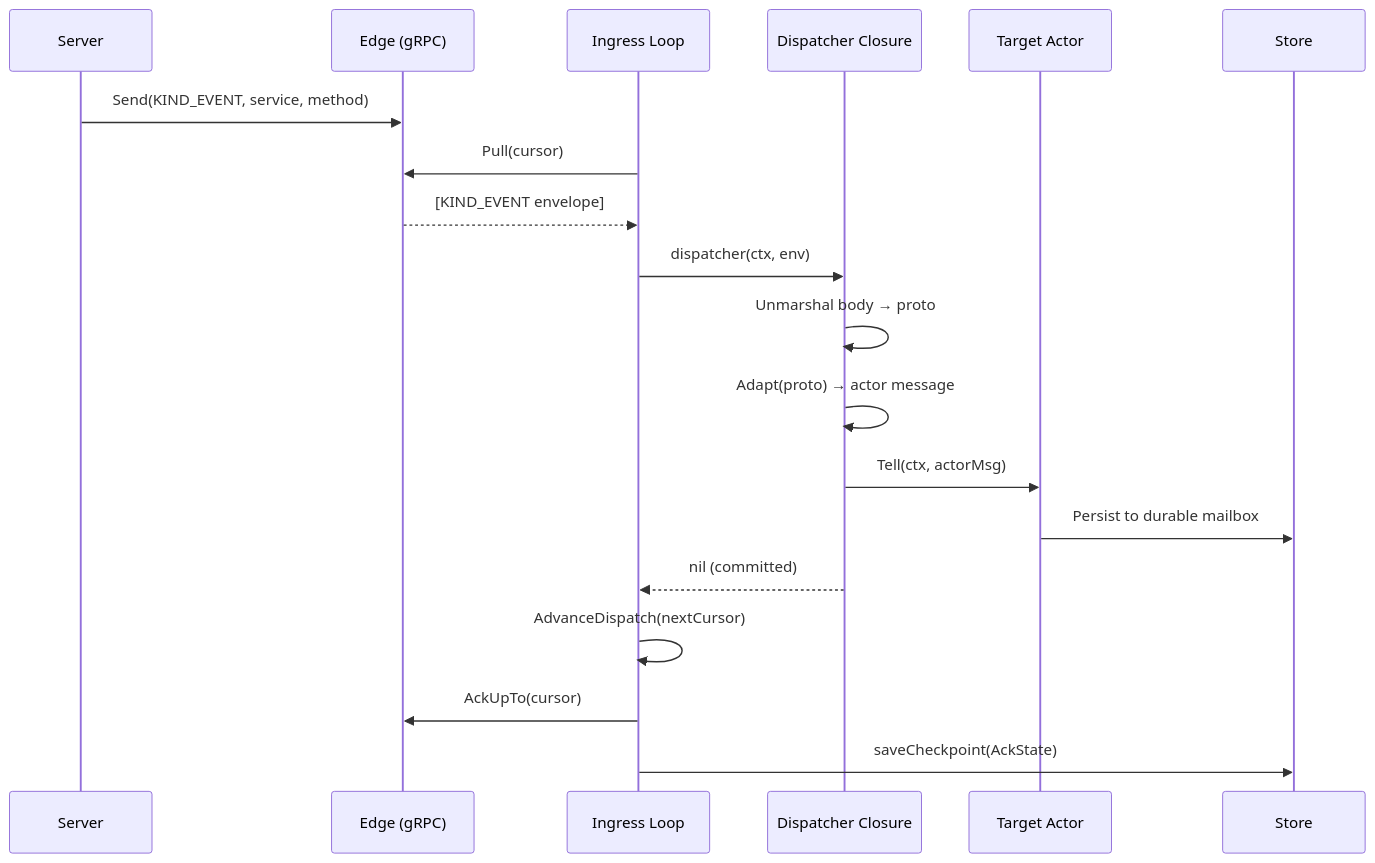
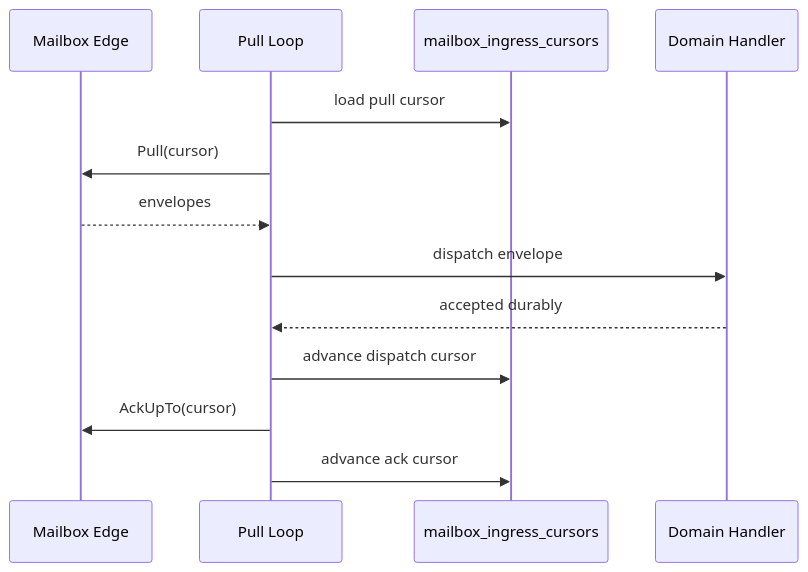
One commit to lightninglabs/wavelength changed the second of 2 diagrams in docs/mailbox_architecture.md. Above: the diagram before and after it, drawn with Mermaid. The commit also changed other lines of this file and 38 other files, not shown here.

````diff
--- a/docs/mailbox_architecture.md
+++ b/docs/mailbox_architecture.md
@@ -820,22 +91,16 @@
 ```mermaid
 sequenceDiagram
-    participant SRV as Server
-    participant E as Edge (gRPC)
-    participant IL as Ingress Loop
-    participant D as Dispatcher Closure
-    participant TA as Target Actor
-    participant DB as Store
+    participant Edge as Mailbox Edge
+    participant Runtime as Pull Loop
+    participant Store as mailbox_ingress_cursors
+    participant Handler as Domain Handler
 
-    SRV->>E: Send(KIND_EVENT, service, method)
-    IL->>E: Pull(cursor)
-    E-->>IL: [KIND_EVENT envelope]
-    IL->>D: dispatcher(ctx, env)
-    D->>D: Unmarshal body → proto
-    D->>D: Adapt(proto) → actor message
-    D->>TA: Tell(ctx, actorMsg)
-    TA->>DB: Persist to durable mailbox
-    D-->>IL: nil (committed)
-    IL->>IL: AdvanceDispatch(nextCursor)
-    IL->>E: AckUpTo(cursor)
-    IL->>DB: saveCheckpoint(AckState)
+    Runtime->>Store: load pull cursor
+    Runtime->>Edge: Pull(cursor)
+    Edge-->>Runtime: envelopes
+    Runtime->>Handler: dispatch envelope
+    Handler-->>Runtime: accepted durably
+    Runtime->>Store: advance dispatch cursor
+    Runtime->>Edge: AckUpTo(cursor)
+    Runtime->>Store: advance ack cursor
 ```
````
